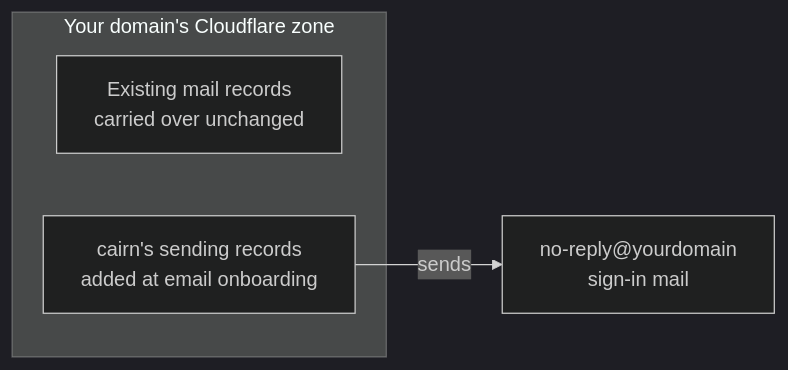
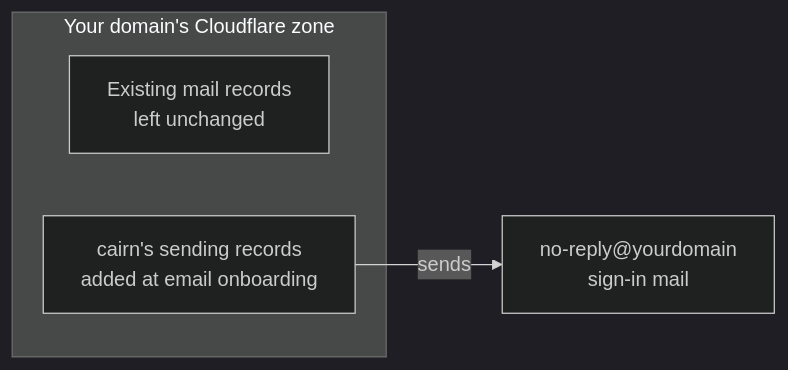
One commit to glw907/cairn-cms changed the diagram in docs/admin/own-your-domain.md. Above: the diagram before and after it, drawn with Mermaid (dark theme). The commit also changed other lines of this file and 4 other files, not shown here.

````diff
--- a/docs/admin/own-your-domain.md
+++ b/docs/admin/own-your-domain.md
@@ -49,12 +44,12 @@
 ```mermaid
 flowchart LR
   accTitle: Diagram of one Cloudflare zone carrying two unrelated record groups
   accDescr: One Cloudflare zone holds two unrelated groups of records. Your organization's existing mail records sit beside cairn's sending records. Only cairn's records carry the sign-in mail from no-reply@yourdomain.
 
   subgraph zone["Your domain's Cloudflare zone"]
-    existing["Existing mail records<br/>carried over unchanged"]
+    existing["Existing mail records<br/>left unchanged"]
     added["cairn's sending records<br/>added at email onboarding"]
   end
 
   added -->|sends| signin["no-reply@yourdomain<br/>sign-in mail"]
 ```
````
